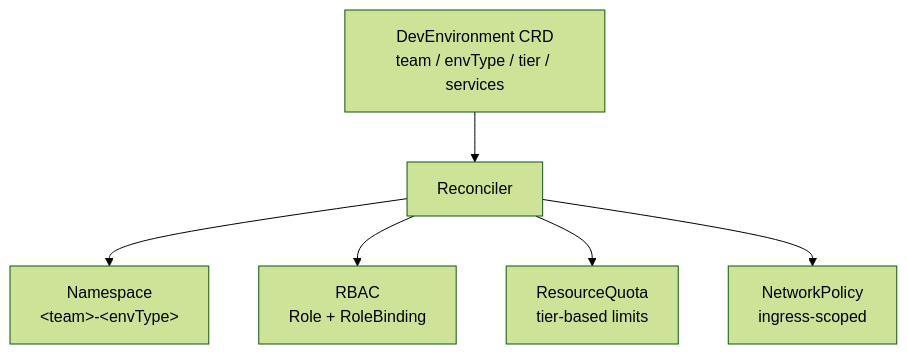
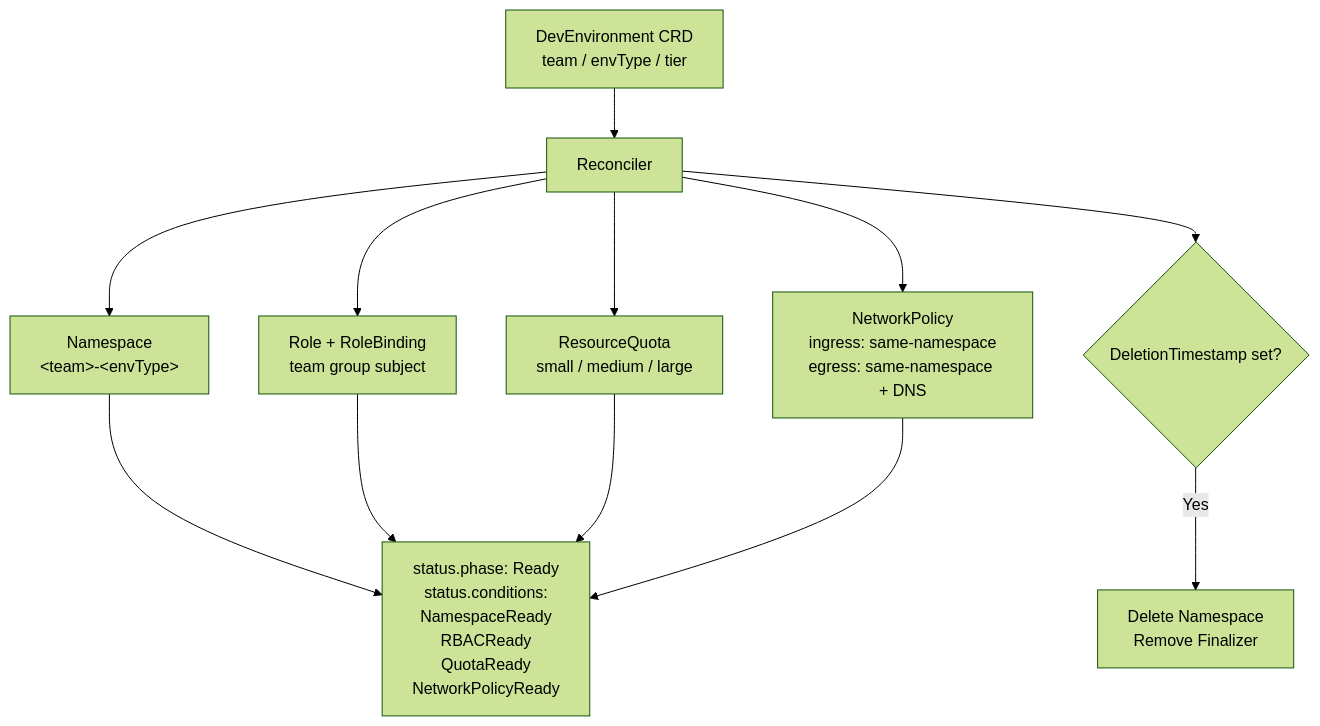
Before and after one commit to yuvalRipkin/platformpilot-operator: the diagram in README.md, drawn with Mermaid (forest theme). The commit also changed other lines of this file and 3 other files, not shown here.

First line of the commit message:
add status conditions, fix typos, and update docs

````diff
--- a/README.md
+++ b/README.md
@@ -9,8 +9,14 @@
 ```mermaid
 flowchart TD
-    A[DevEnvironment CRD\nteam / envType / tier / services] --> B[Reconciler]
+    A[DevEnvironment CRD\nteam / envType / tier] --> B[Reconciler]
+
     B --> C[Namespace\n&lt;team&gt;-&lt;envType&gt;]
-    B --> D[RBAC\nRole + RoleBinding]
-    B --> E[ResourceQuota\ntier-based limits]
-    B --> F[NetworkPolicy\ningress-scoped]
+    B --> D[Role + RoleBinding\nteam group subject]
+    B --> E[ResourceQuota\nsmall / medium / large]
+    B --> F[NetworkPolicy\ningress: same-namespace\negress: same-namespace + DNS]
+
+    B --> G{DeletionTimestamp set?}
+    G -- Yes --> H[Delete Namespace\nRemove Finalizer]
+
+    C & D & E & F --> I[status.phase: Ready\nstatus.conditions:\n  NamespaceReady\n  RBACReady\n  QuotaReady\n  NetworkPolicyReady]
 ```
````
